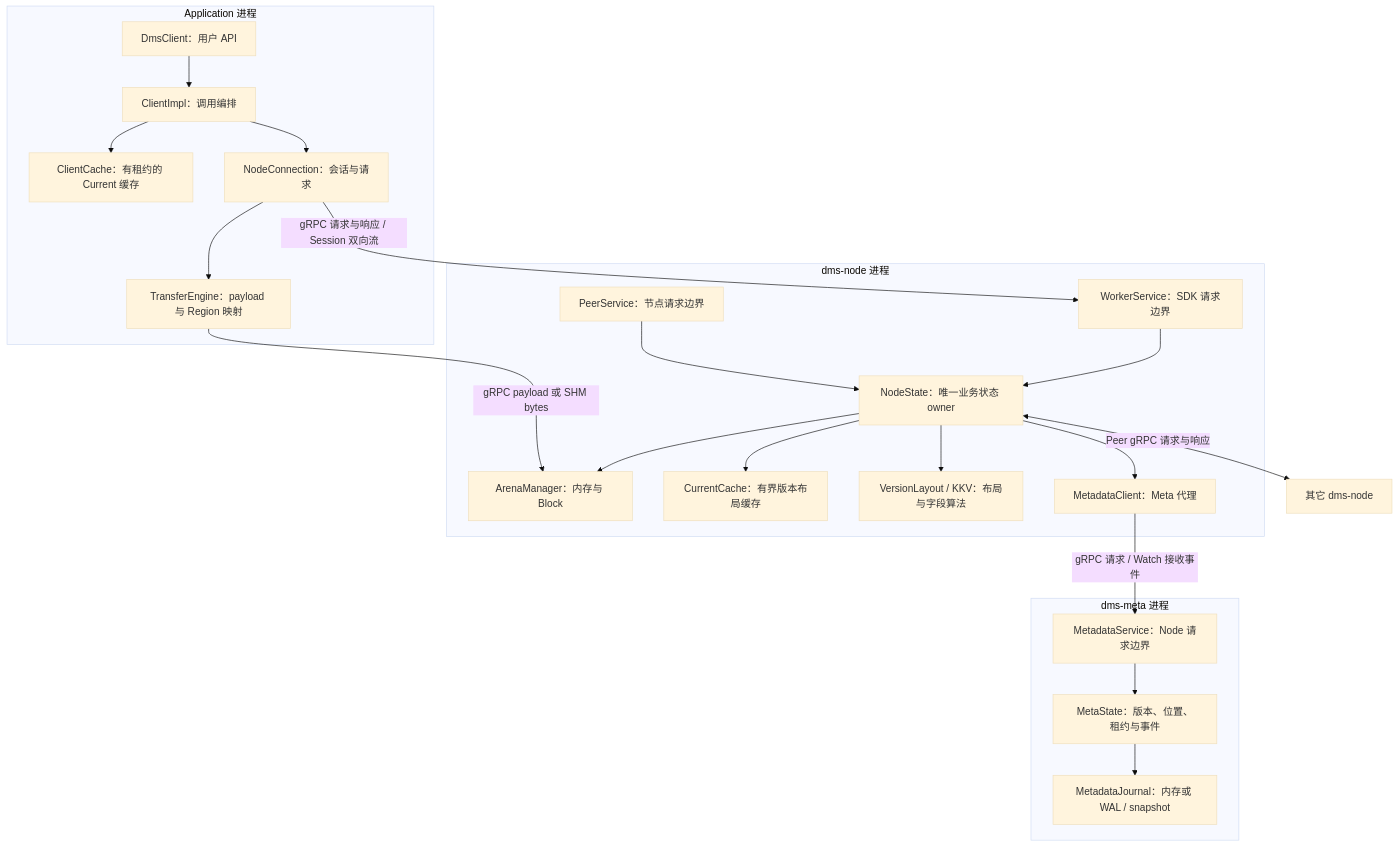
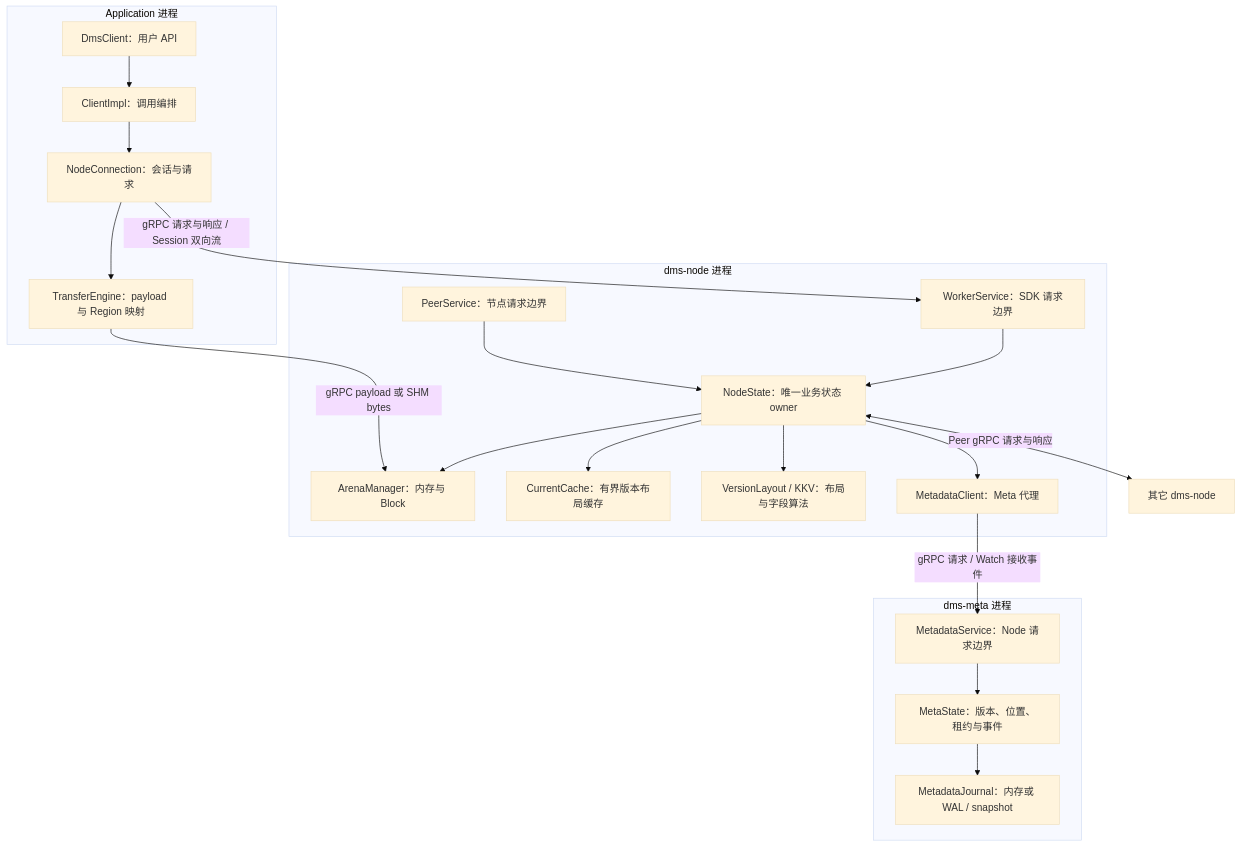
The diagram in docs/architecture.md (lelezi257/dms), drawn with Mermaid (base theme) before and after one commit. The commit also changed other lines of this file and 22 other files, not shown here.

````diff
--- a/docs/architecture.md
+++ b/docs/architecture.md
@@ -7,25 +7,24 @@
 ```mermaid
 flowchart TB
   subgraph APP[Application 进程]
     API[DmsClient：用户 API] --> IMPL[ClientImpl：调用编排]
-    IMPL --> CACHE[ClientCache：有租约的 Current 缓存]
     IMPL --> CONN[NodeConnection：会话与请求]
     CONN --> TRANS[TransferEngine：payload 与 Region 映射]
   end
   subgraph NODE[dms-node 进程]
     WORKER[WorkerService：SDK 请求边界] --> STATE[NodeState：唯一业务状态 owner]
     PEER[PeerService：节点请求边界] --> STATE
     STATE --> ARENA[ArenaManager：内存与 Block]
     STATE --> NC[CurrentCache：有界版本布局缓存]
     STATE --> ALG[VersionLayout / KKV：布局与字段算法]
     STATE --> MC[MetadataClient：Meta 代理]
   end
   subgraph META[dms-meta 进程]
     SERVICE[MetadataService：Node 请求边界] --> MS[MetaState：版本、位置、租约与事件]
     MS --> J[MetadataJournal：内存或 WAL / snapshot]
   end
   CONN -->|gRPC 请求与响应 / Session 双向流| WORKER
   TRANS -->|gRPC payload 或 SHM bytes| ARENA
   MC -->|gRPC 请求 / Watch 接收事件| SERVICE
   STATE <-->|Peer gRPC 请求与响应| OTHER[其它 dms-node]
 ```
````
